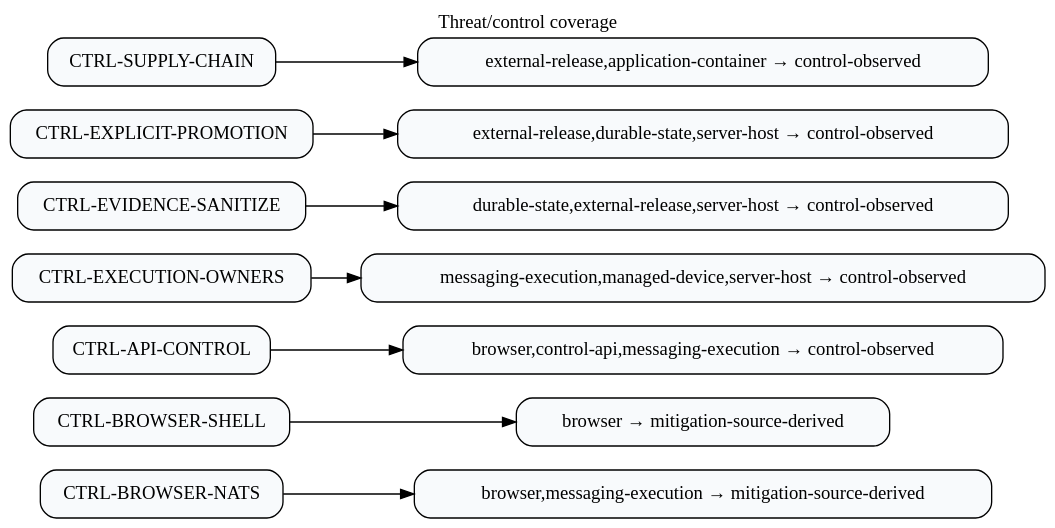
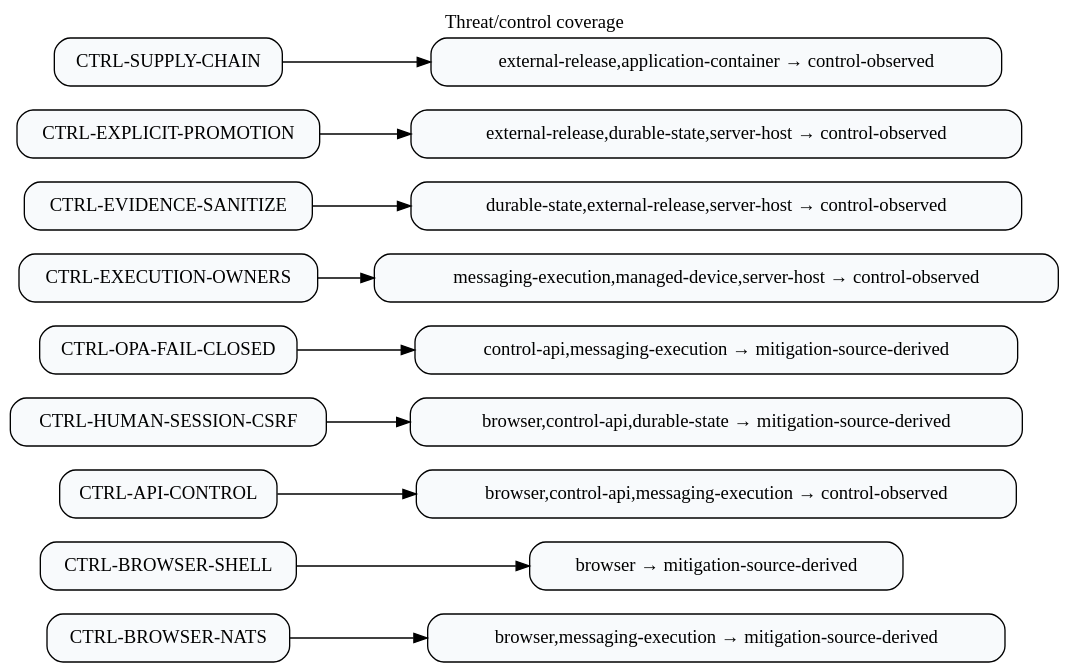
Before and after one commit to dexter-lab-ctrl/pocket-lab-lite: the diagram in docs/generated/assets/enterprise/security-controls.dot, drawn with Graphviz. The commit also changed 557 other files, not shown here.

```diff
--- a/docs/generated/assets/enterprise/security-controls.dot
+++ b/docs/generated/assets/enterprise/security-controls.dot
@@ -1,11 +1,13 @@
 digraph flow {
   graph [rankdir="LR", bgcolor="transparent", label="Threat/control coverage", labelloc="t"];
   node [shape="box", style="rounded,filled", fillcolor="#f8fafc"];
   n0 [label="CTRL-BROWSER-NATS"]; n0 -> m0; m0 [label="browser,messaging-execution → mitigation-source-derived"];
   n1 [label="CTRL-BROWSER-SHELL"]; n1 -> m1; m1 [label="browser → mitigation-source-derived"];
   n2 [label="CTRL-API-CONTROL"]; n2 -> m2; m2 [label="browser,control-api,messaging-execution → control-observed"];
-  n3 [label="CTRL-EXECUTION-OWNERS"]; n3 -> m3; m3 [label="messaging-execution,managed-device,server-host → control-observed"];
-  n4 [label="CTRL-EVIDENCE-SANITIZE"]; n4 -> m4; m4 [label="durable-state,external-release,server-host → control-observed"];
-  n5 [label="CTRL-EXPLICIT-PROMOTION"]; n5 -> m5; m5 [label="external-release,durable-state,server-host → control-observed"];
-  n6 [label="CTRL-SUPPLY-CHAIN"]; n6 -> m6; m6 [label="external-release,application-container → control-observed"];
+  n3 [label="CTRL-HUMAN-SESSION-CSRF"]; n3 -> m3; m3 [label="browser,control-api,durable-state → mitigation-source-derived"];
+  n4 [label="CTRL-OPA-FAIL-CLOSED"]; n4 -> m4; m4 [label="control-api,messaging-execution → mitigation-source-derived"];
+  n5 [label="CTRL-EXECUTION-OWNERS"]; n5 -> m5; m5 [label="messaging-execution,managed-device,server-host → control-observed"];
+  n6 [label="CTRL-EVIDENCE-SANITIZE"]; n6 -> m6; m6 [label="durable-state,external-release,server-host → control-observed"];
+  n7 [label="CTRL-EXPLICIT-PROMOTION"]; n7 -> m7; m7 [label="external-release,durable-state,server-host → control-observed"];
+  n8 [label="CTRL-SUPPLY-CHAIN"]; n8 -> m8; m8 [label="external-release,application-container → control-observed"];
 }
```
